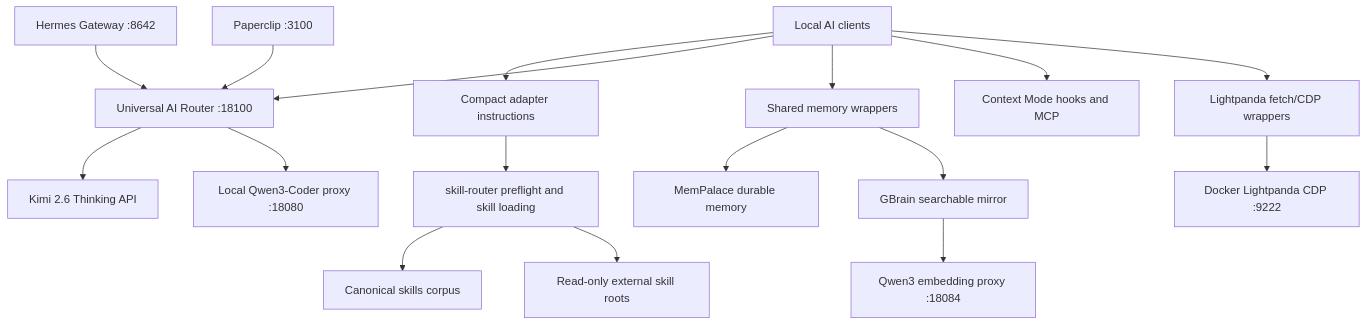
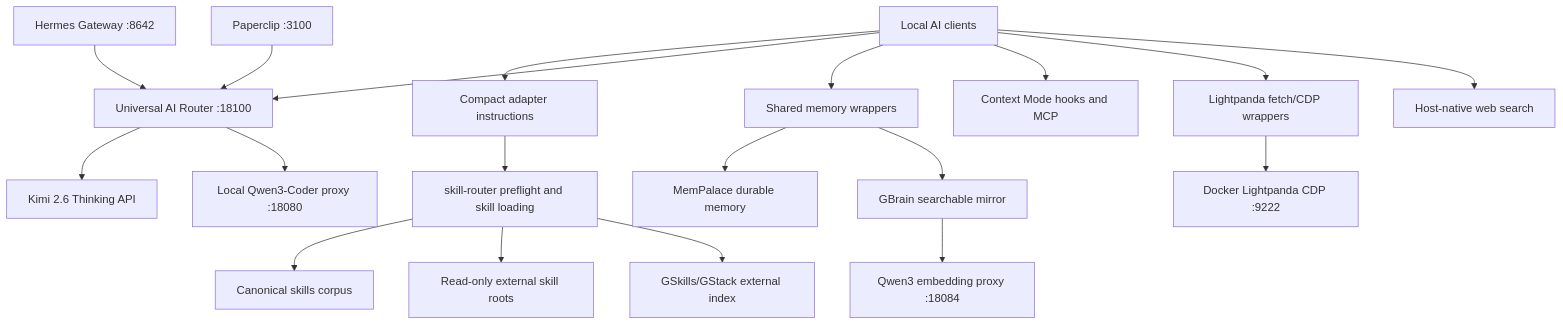
One commit to onfire7777/universal-ai-skills-library changed the diagram in docs/UNIVERSAL_AI_CONNECTION_CONFIGS.md. Above: the diagram before and after it, drawn with Mermaid. The commit also changed other lines of this file and 16 other files, not shown here.

````diff
--- a/docs/UNIVERSAL_AI_CONNECTION_CONFIGS.md
+++ b/docs/UNIVERSAL_AI_CONNECTION_CONFIGS.md
@@ -50,23 +54,25 @@
 ```mermaid
 flowchart TD
   A["Local AI clients"] --> B["Compact adapter instructions"]
   B --> C["skill-router preflight and skill loading"]
   C --> D["Canonical skills corpus"]
   C --> E["Read-only external skill roots"]
 
   A --> F["Universal AI Router :18100"]
   F --> G["Kimi 2.6 Thinking API"]
   F --> H["Local Qwen3-Coder proxy :18080"]
 
   A --> I["Shared memory wrappers"]
   I --> J["MemPalace durable memory"]
   I --> K["GBrain searchable mirror"]
   K --> L["Qwen3 embedding proxy :18084"]
 
   A --> M["Context Mode hooks and MCP"]
   A --> N["Lightpanda fetch/CDP wrappers"]
   N --> O["Docker Lightpanda CDP :9222"]
+  A --> R["Host-native web search"]
+  C --> S["GSkills/GStack external index"]
 
   P["Hermes Gateway :8642"] --> F
   Q["Paperclip :3100"] --> F
 ```
````
